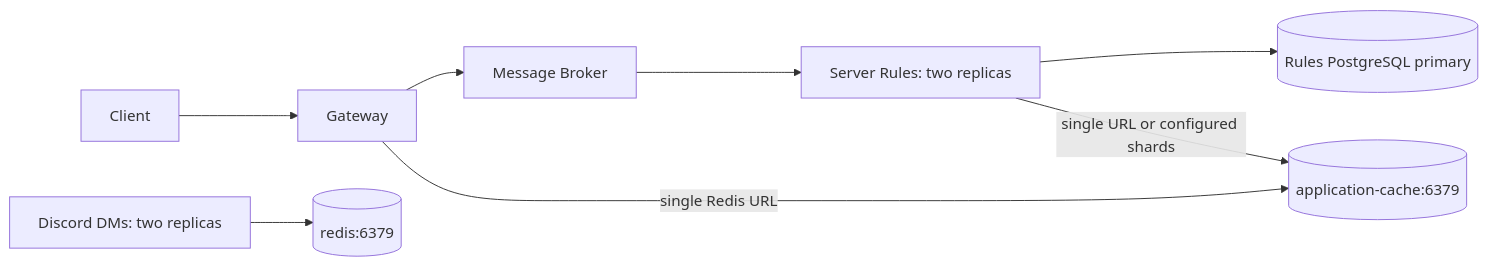
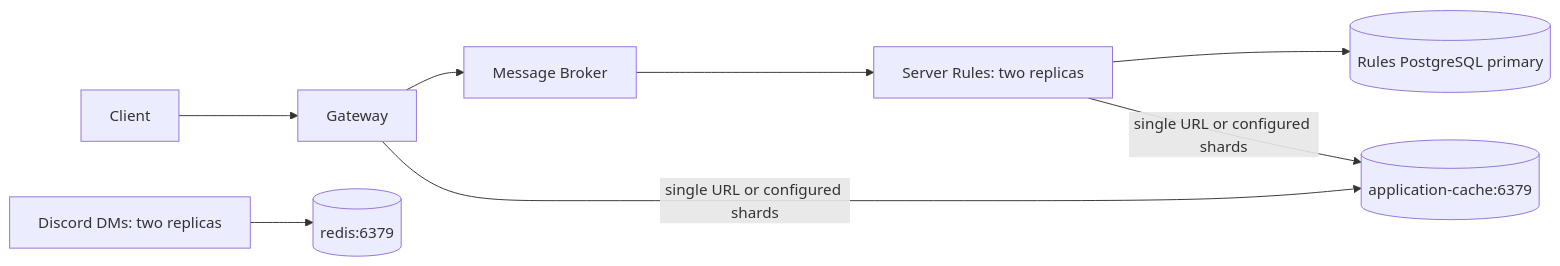
One commit to AnastasiaT18/pad-team-17-student-id-please changed the diagram in docs/lab5-cache.md. Above: the diagram before and after it, drawn with Mermaid. The commit also changed other lines of this file and 3 other files, not shown here.

Commit message:
Describe the released versions and the Gateway's sharded cache in the docs

````diff
--- a/docs/lab5-cache.md
+++ b/docs/lab5-cache.md
@@ -9,10 +9,10 @@
 ```mermaid
 flowchart LR
     Client --> Gateway
     Gateway --> Broker[Message Broker]
     Broker --> Rules[Server Rules: two replicas]
     Rules --> DB[(Rules PostgreSQL primary)]
-    Gateway -->|single Redis URL| Cache[(application-cache:6379)]
+    Gateway -->|single URL or configured shards| Cache[(application-cache:6379)]
     Rules -->|single URL or configured shards| Cache
     Discord[Discord DMs: two replicas] --> Redis[(redis:6379)]
 ```
````
